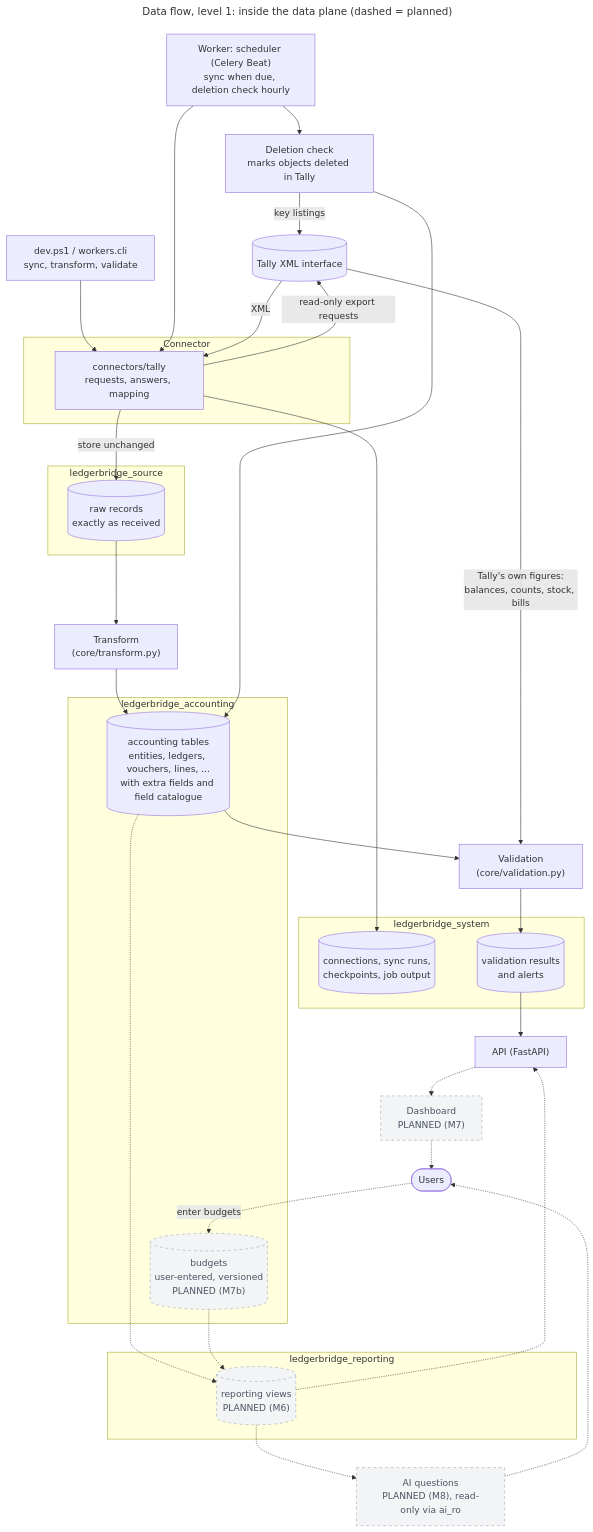
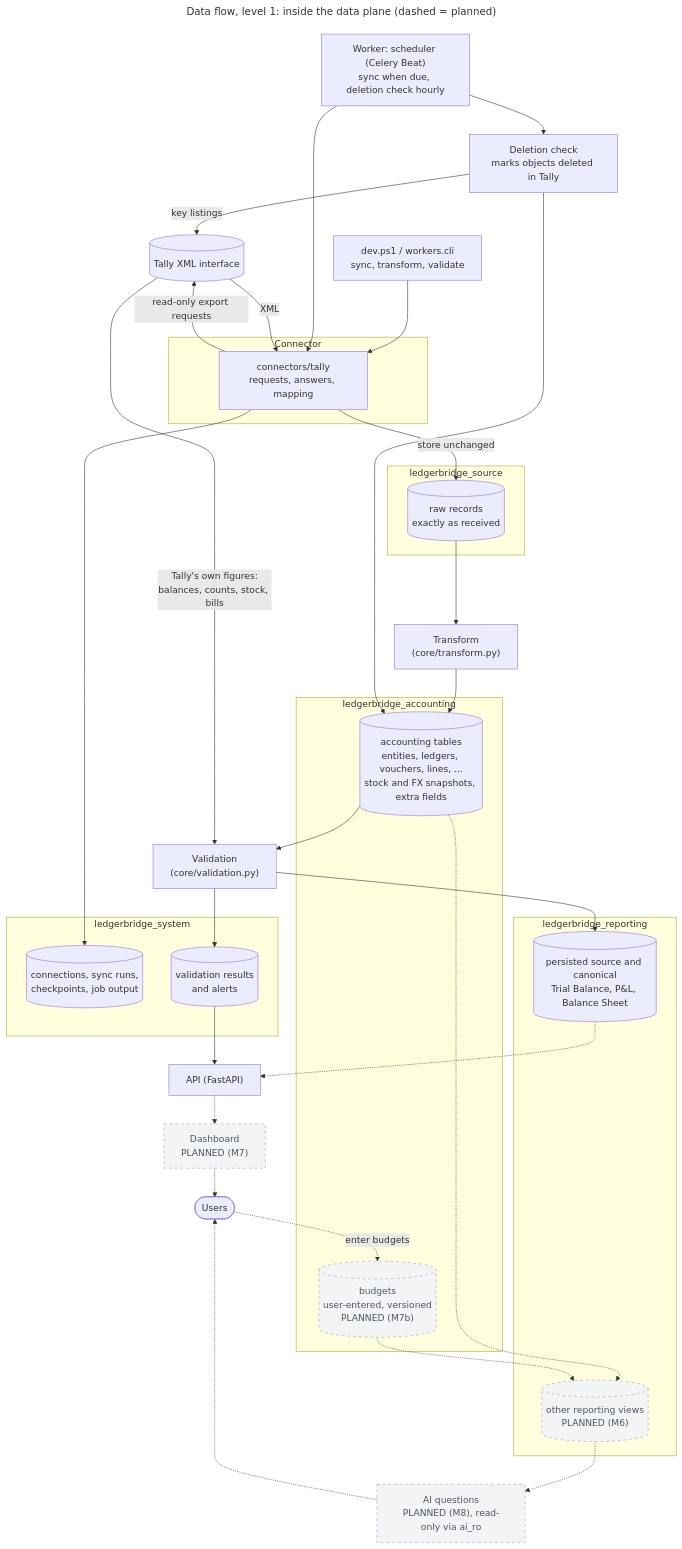
One commit to empirical-logic-2026/ledgerbridge changed the diagram in docs/diagrams/dataflow-level1.mmd. Above: the diagram before and after it, drawn with Mermaid. The commit also changed 120 other files, not shown here.

```diff
--- a/docs/diagrams/dataflow-level1.mmd
+++ b/docs/diagrams/dataflow-level1.mmd
@@ -1,66 +1,68 @@
 ---
 title: "Data flow, level 1: inside the data plane (dashed = planned)"
 ---
 %% Written by hand. Update it when the flows change (CLAUDE.md); the code is named in
 %% docs/codebase-guide.md Section 3.
 flowchart TB
     tally[("Tally XML interface")]
     users(["Users"])
     devcli["dev.ps1 / workers.cli<br/>sync, transform, validate"]
     sched["Worker: scheduler (Celery Beat)<br/>sync when due, deletion check hourly"]
 
     subgraph connect["Connector"]
         conn["connectors/tally<br/>requests, answers, mapping"]
     end
 
     subgraph src["ledgerbridge_source"]
         raw[("raw records<br/>exactly as received")]
     end
 
     subgraph acc["ledgerbridge_accounting"]
-        accounting[("accounting tables<br/>entities, ledgers, vouchers, lines, ...<br/>with extra fields and field catalogue")]
+        accounting[("accounting tables<br/>entities, ledgers, vouchers, lines, ...<br/>stock and FX snapshots, extra fields")]
         budgets[("budgets<br/>user-entered, versioned<br/>PLANNED (M7b)")]
     end
 
     subgraph sys["ledgerbridge_system"]
         runs[("connections, sync runs,<br/>checkpoints, job output")]
         results[("validation results<br/>and alerts")]
     end
 
     subgraph rep["ledgerbridge_reporting"]
-        views[("reporting views<br/>PLANNED (M6)")]
+        statements[("persisted source and canonical<br/>Trial Balance, P&L, Balance Sheet")]
+        views[("other reporting views<br/>PLANNED (M6)")]
     end
 
     transform["Transform<br/>(core/transform.py)"]
     validate["Validation<br/>(core/validation.py)"]
     deletions["Deletion check<br/>marks objects deleted in Tally"]
     api["API (FastAPI)"]
     dash["Dashboard<br/>PLANNED (M7)"]
     ai["AI questions<br/>PLANNED (M8), read-only via ai_ro"]
 
     devcli --> conn
     sched --> conn
     sched --> deletions
     conn -->|"read-only export requests"| tally
     tally -->|"XML"| conn
     conn -->|"store unchanged"| raw
     conn --> runs
     raw --> transform
     transform --> accounting
     tally -->|"Tally's own figures:<br/>balances, counts, stock, bills"| validate
     accounting --> validate
     validate --> results
     deletions -->|"key listings"| tally
     deletions --> accounting
+    validate --> statements
     accounting -.-> views
     budgets -.-> views
     results --> api
-    views -.-> api
+    statements -.-> api
     views -.-> ai
     api -.-> dash
     dash -.-> users
     ai -.-> users
     users -.->|"enter budgets"| budgets
 
     classDef planned fill:#f3f4f6,stroke:#9ca3af,stroke-dasharray:5 5,color:#4b5563
     class budgets,views,dash,ai planned
```
